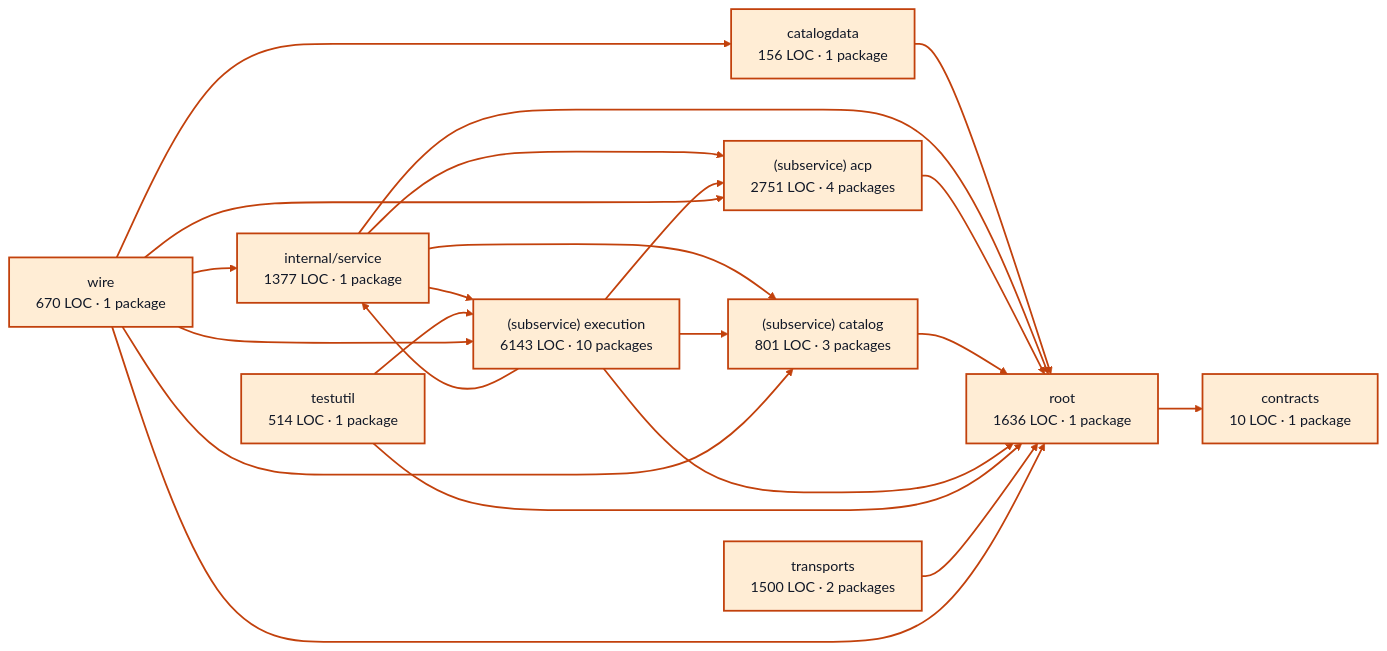
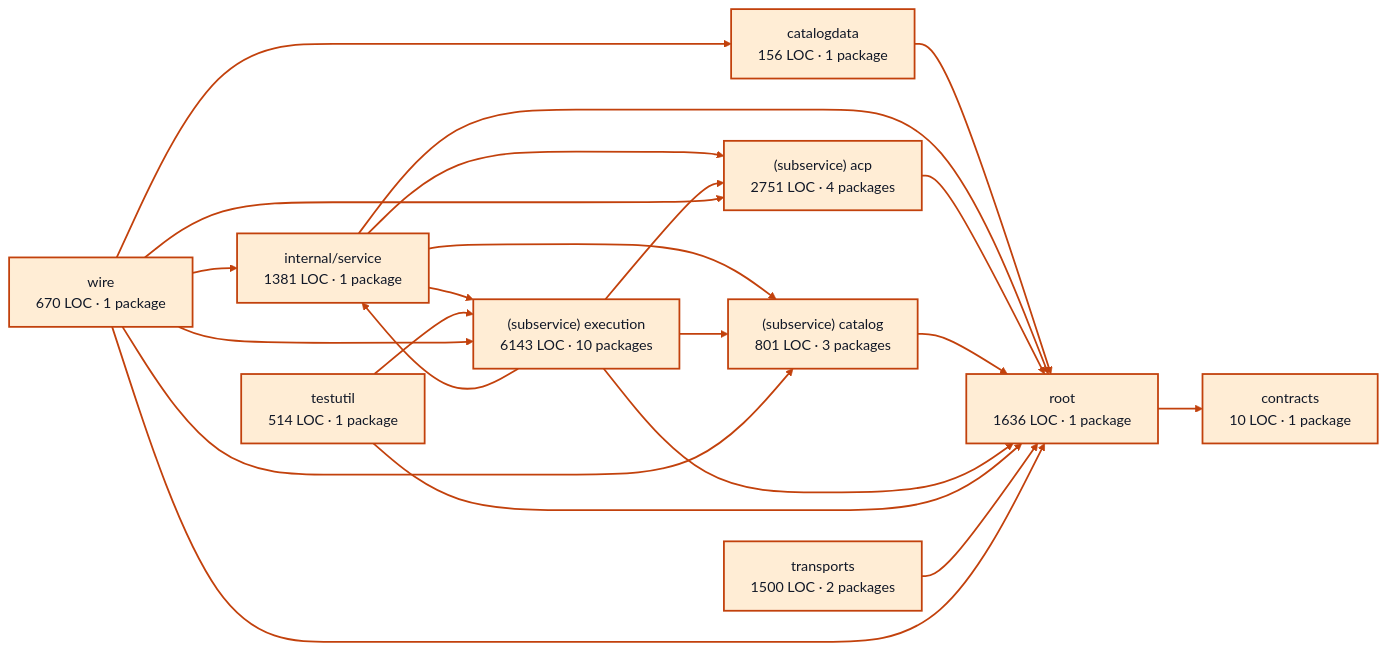
One commit to portpowered/you-agent-factory changed the diagram in docs/architecture/visualizations/services/providers.md. Above: the diagram before and after it, drawn with Mermaid (base theme). The commit also changed other lines of this file and 21 other files, not shown here.

Commit message:
docs: refresh backend architecture visualizations

````diff
--- a/docs/architecture/visualizations/services/providers.md
+++ b/docs/architecture/visualizations/services/providers.md
@@ -11,45 +11,45 @@
 ```mermaid
 flowchart LR
   p0["catalogdata<br/>156 LOC · 1 package"]
   p1["contracts<br/>10 LOC · 1 package"]
-  p2["internal/service<br/>1377 LOC · 1 package"]
+  p2["internal/service<br/>1381 LOC · 1 package"]
   p3["(subservice) acp<br/>2751 LOC · 4 packages"]
   p4["(subservice) catalog<br/>801 LOC · 3 packages"]
   p5["(subservice) execution<br/>6143 LOC · 10 packages"]
   p6["testutil<br/>514 LOC · 1 package"]
   p7["root<br/>1636 LOC · 1 package"]
   p8["transports<br/>1500 LOC · 2 packages"]
   p9["wire<br/>670 LOC · 1 package"]
   p0 --> p7
   p2 --> p3
   p2 --> p4
   p2 --> p5
   p2 --> p7
   p3 --> p7
   p4 --> p7
   p5 --> p2
   p5 --> p3
   p5 --> p4
   p5 --> p7
   p6 --> p5
   p6 --> p7
   p7 --> p1
   p8 --> p7
   p9 --> p0
   p9 --> p2
   p9 --> p3
   p9 --> p4
   p9 --> p5
   p9 --> p7
   style p0 fill:#ffedd5,stroke:#c2410c,stroke-width:2px,color:#111827
   style p1 fill:#ffedd5,stroke:#c2410c,stroke-width:2px,color:#111827
   style p2 fill:#ffedd5,stroke:#c2410c,stroke-width:2px,color:#111827
   style p3 fill:#ffedd5,stroke:#c2410c,stroke-width:2px,color:#111827
   style p4 fill:#ffedd5,stroke:#c2410c,stroke-width:2px,color:#111827
   style p5 fill:#ffedd5,stroke:#c2410c,stroke-width:2px,color:#111827
   style p6 fill:#ffedd5,stroke:#c2410c,stroke-width:2px,color:#111827
   style p7 fill:#ffedd5,stroke:#c2410c,stroke-width:2px,color:#111827
   style p8 fill:#ffedd5,stroke:#c2410c,stroke-width:2px,color:#111827
   style p9 fill:#ffedd5,stroke:#c2410c,stroke-width:2px,color:#111827
   linkStyle default stroke:#c2410c,stroke-width:2px
 ```
````
